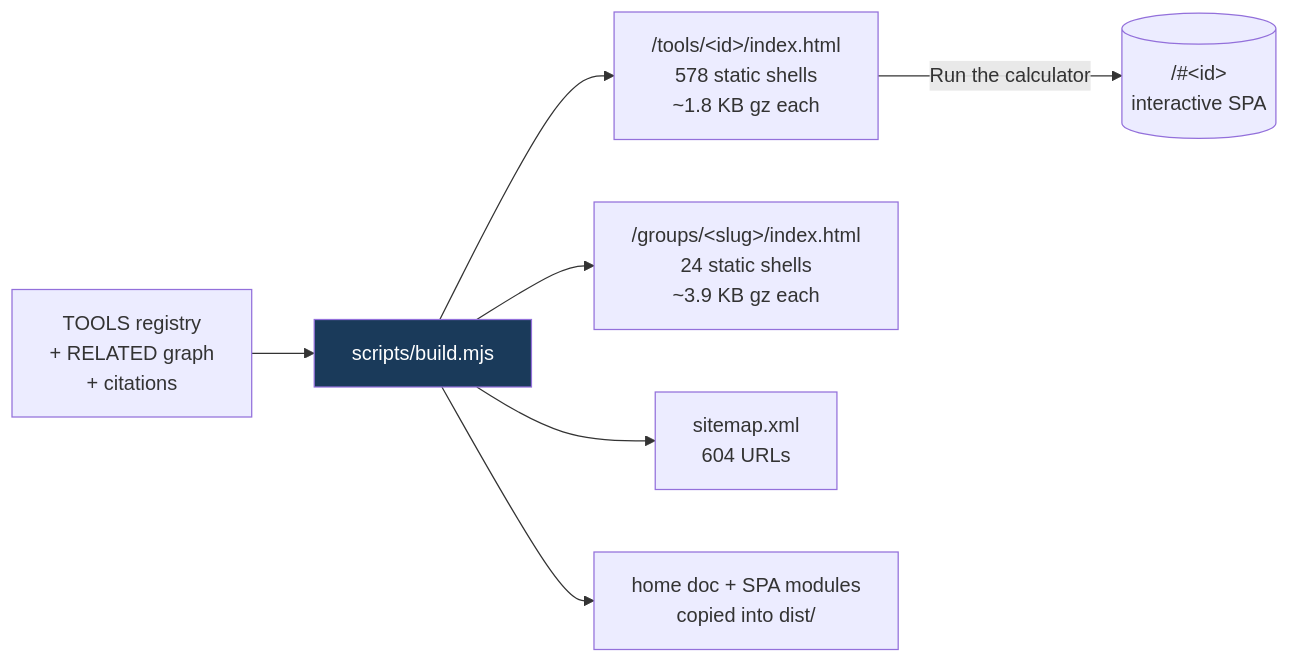
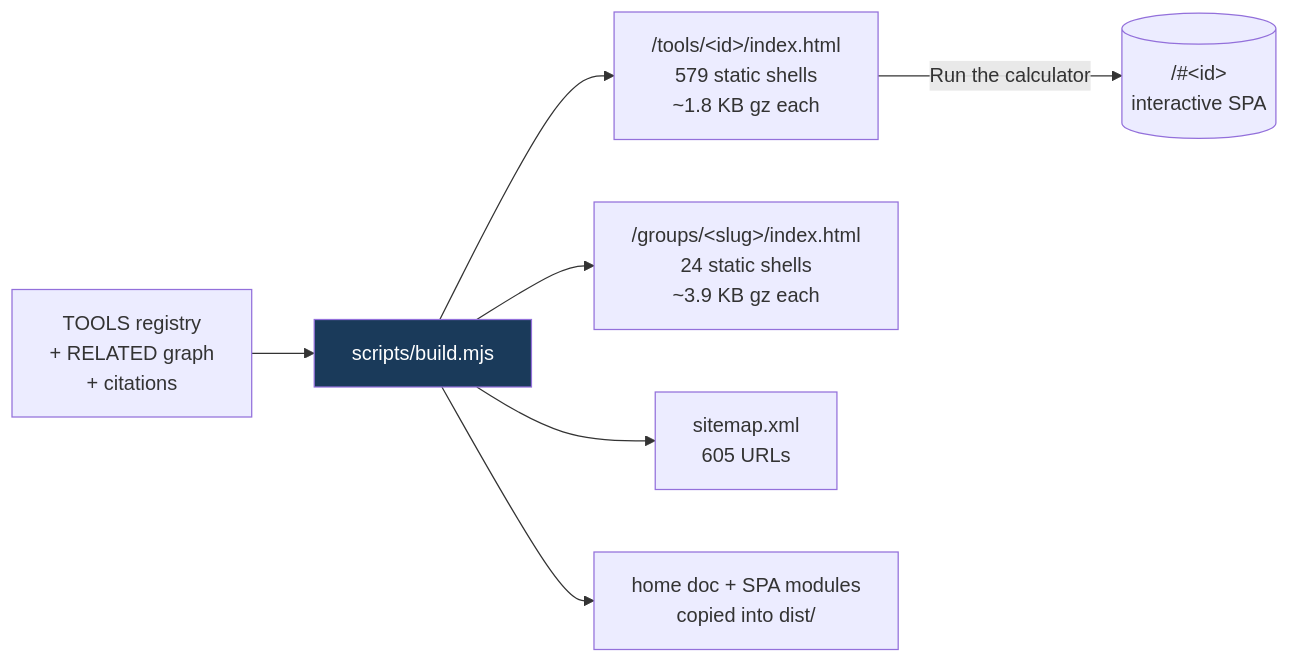
The third of 6 diagrams in README.md (clay-good/roughlogic.com), drawn with Mermaid before and after one commit. The commit also changed other lines of this file and 16 other files, not shown here.

````diff
--- a/README.md
+++ b/README.md
@@ -274,10 +276,10 @@
 ```mermaid
 flowchart LR
     SRC[TOOLS registry\n+ RELATED graph\n+ citations] --> BUILD[scripts/build.mjs]
-    BUILD --> TILE["/tools/&lt;id&gt;/index.html\n578 static shells\n~1.8 KB gz each"]
+    BUILD --> TILE["/tools/&lt;id&gt;/index.html\n579 static shells\n~1.8 KB gz each"]
     BUILD --> GROUP["/groups/&lt;slug&gt;/index.html\n24 static shells\n~3.9 KB gz each"]
-    BUILD --> MAP["sitemap.xml\n604 URLs"]
+    BUILD --> MAP["sitemap.xml\n605 URLs"]
     BUILD --> COPY[home doc + SPA modules\ncopied into dist/]
     TILE -->|Run the calculator| SPA[("/#&lt;id&gt;\ninteractive SPA")]
     style BUILD fill:#1a3a5a,color:#fff
 ```
````
